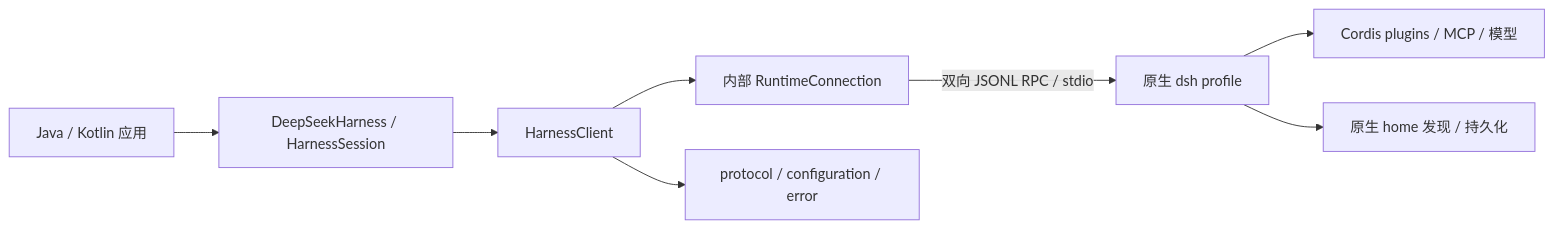
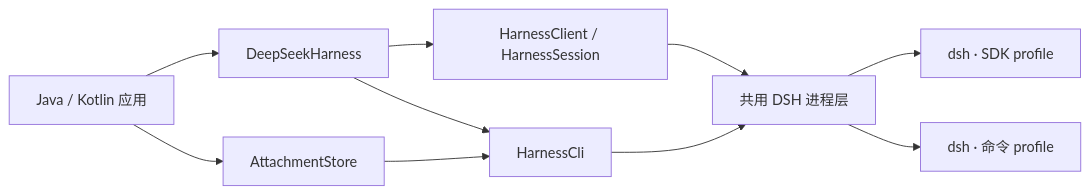
The diagram in docs/sdk.zh.md (elonzh/dshjk), drawn with Mermaid before and after one commit. The commit also changed other lines of this file and 19 other files, not shown here.

First line of the commit message:
feat(sdk): 支持 DSH profile 命令与按 ID 下载附件

````diff
--- a/docs/sdk.zh.md
+++ b/docs/sdk.zh.md
@@ -9,10 +9,12 @@
 ```mermaid
 flowchart LR
-  Application[Java / Kotlin 应用] --> Session[DeepSeekHarness / HarnessSession]
-  Session --> Client[HarnessClient]
-  Client --> Transport[内部 RuntimeConnection]
-  Transport -->|双向 JSONL RPC / stdio| Runtime[原生 dsh profile]
-  Runtime --> Plugins[Cordis plugins / MCP / 模型]
-  Runtime --> Home[原生 home 发现 / 持久化]
-  Client --> Protocol[protocol / configuration / error]
+  App["Java / Kotlin 应用"] --> Harness["DeepSeekHarness"]
+  Harness --> Client["HarnessClient / HarnessSession"]
+  Harness --> Cli["HarnessCli"]
+  App --> Attachments["AttachmentStore"]
+  Attachments --> Cli
+  Client --> Runtime["共用 DSH 进程层"]
+  Cli --> Runtime
+  Runtime --> SDK["dsh · SDK profile"]
+  Runtime --> Command["dsh · 命令 profile"]
 ```
````
